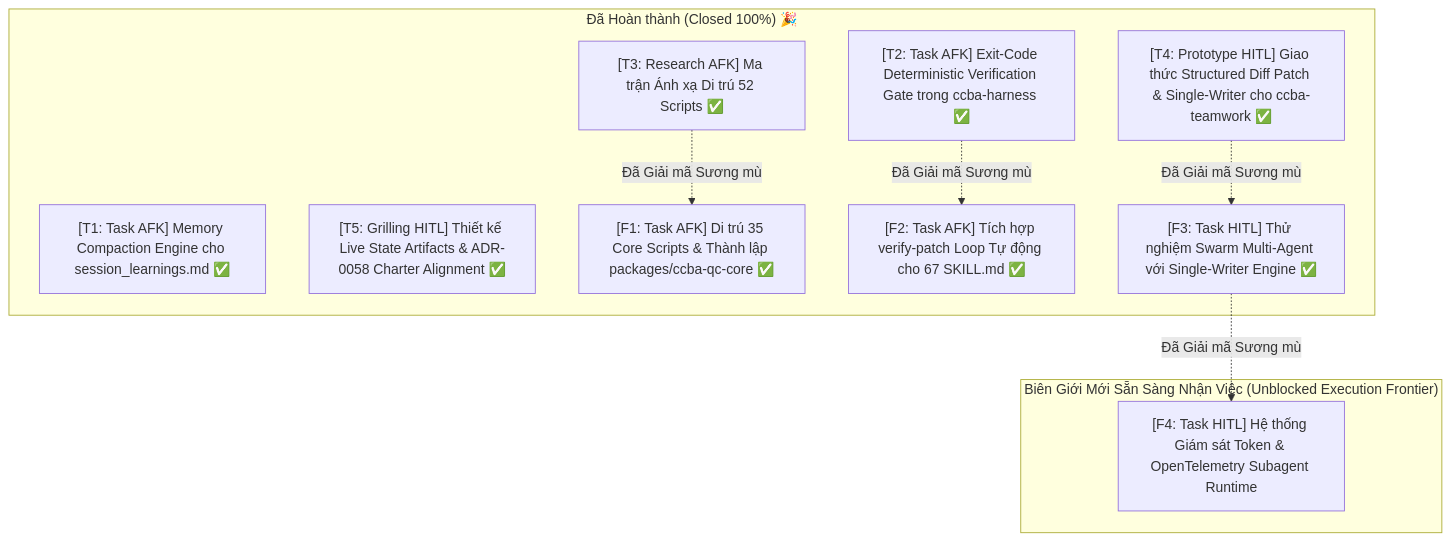
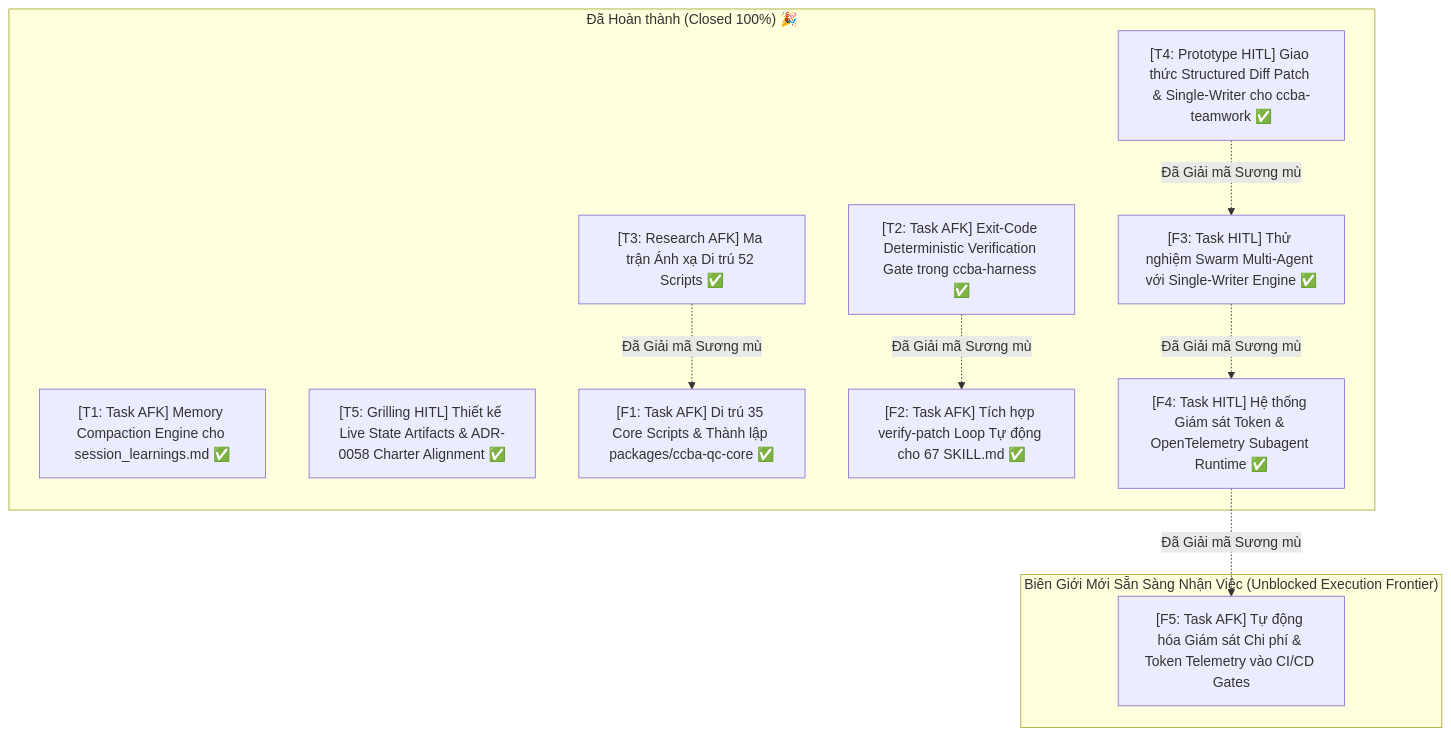
The diagram in .md/wayfinder/ccba-upgrade-roadmap/map.md (vvChu/ccba-agent-platform), drawn with Mermaid before and after one commit. The commit also changed other lines of this file and 6 other files, not shown here.

Commit message:
feat(telemetry): implement opentelemetry subagent runtime and token monitoring engine

````diff
--- a/.md/wayfinder/ccba-upgrade-roadmap/map.md
+++ b/.md/wayfinder/ccba-upgrade-roadmap/map.md
@@ -124,22 +124,24 @@
 ```mermaid
 flowchart TD
     subgraph Done ["Đã Hoàn thành (Closed 100%) 🎉"]
         T1["[T1: Task AFK] Memory Compaction Engine cho session_learnings.md ✅"]
         T2["[T2: Task AFK] Exit-Code Deterministic Verification Gate trong ccba-harness ✅"]
         T3["[T3: Research AFK] Ma trận Ánh xạ Di trú 52 Scripts ✅"]
         T4["[T4: Prototype HITL] Giao thức Structured Diff Patch & Single-Writer cho ccba-teamwork ✅"]
         T5["[T5: Grilling HITL] Thiết kế Live State Artifacts & ADR-0058 Charter Alignment ✅"]
         F1["[F1: Task AFK] Di trú 35 Core Scripts & Thành lập packages/ccba-qc-core ✅"]
         F2["[F2: Task AFK] Tích hợp verify-patch Loop Tự động cho 67 SKILL.md ✅"]
         F3["[F3: Task HITL] Thử nghiệm Swarm Multi-Agent với Single-Writer Engine ✅"]
+        F4["[F4: Task HITL] Hệ thống Giám sát Token & OpenTelemetry Subagent Runtime ✅"]
     end
 
     subgraph Frontier ["Biên Giới Mới Sẵn Sàng Nhận Việc (Unblocked Execution Frontier)"]
-        F4["[F4: Task HITL] Hệ thống Giám sát Token & OpenTelemetry Subagent Runtime"]
+        F5["[F5: Task AFK] Tự động hóa Giám sát Chi phí & Token Telemetry vào CI/CD Gates"]
     end
 
     T3 -.->|Đã Giải mã Sương mù| F1
     T2 -.->|Đã Giải mã Sương mù| F2
     T4 -.->|Đã Giải mã Sương mù| F3
     F3 -.->|Đã Giải mã Sương mù| F4
+    F4 -.->|Đã Giải mã Sương mù| F5
 ```
````
